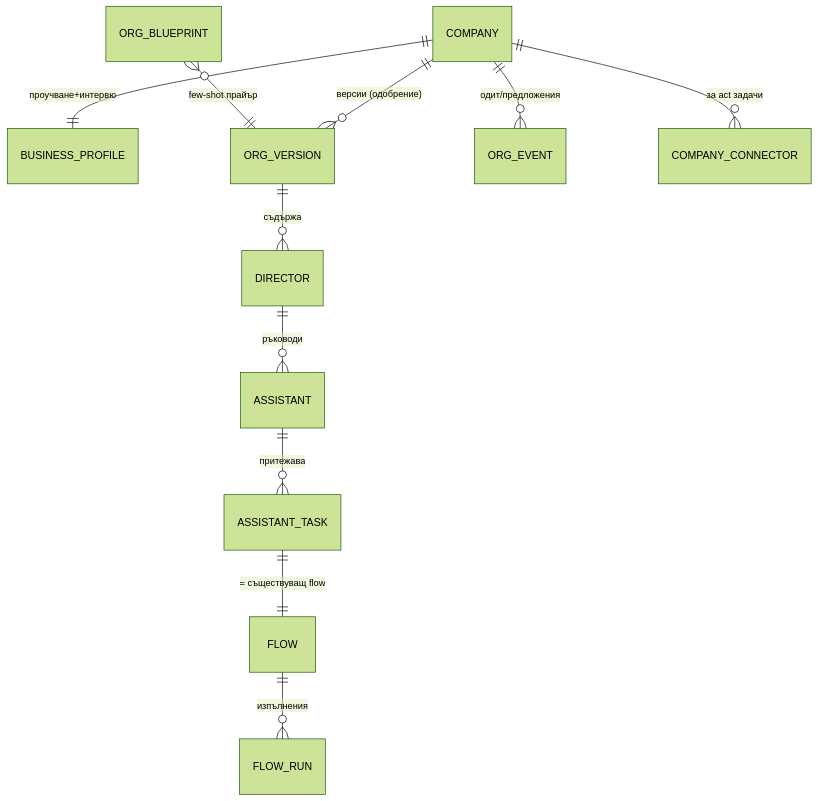
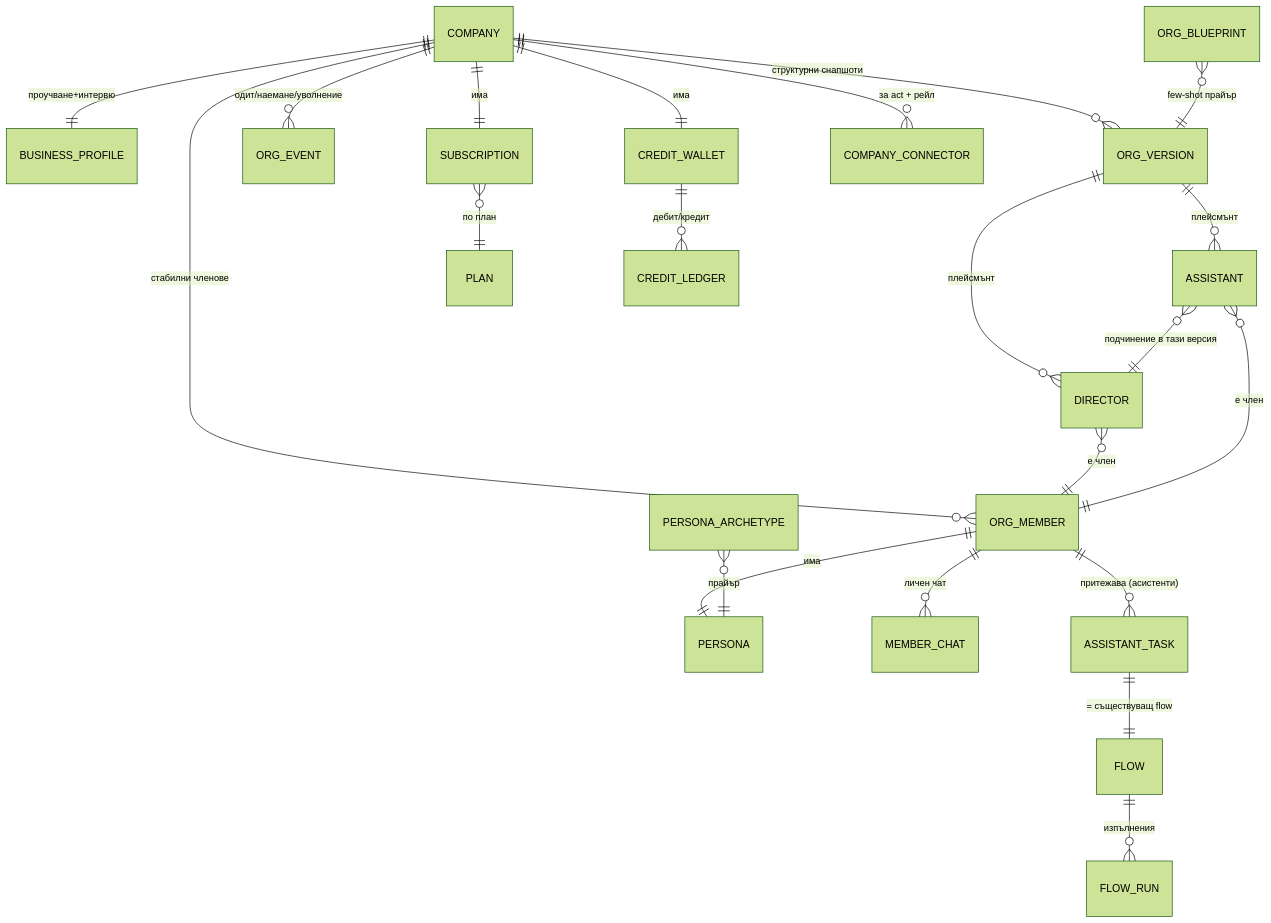
The eighth of 8 diagrams in docs/AI-ORGANIZATION-VISION.md (lstefanov/ai-agent-claude), drawn with Mermaid (forest theme) before and after one commit. The commit also changed other lines of this file and 7 other files, not shown here.

````diff
--- a/docs/AI-ORGANIZATION-VISION.md
+++ b/docs/AI-ORGANIZATION-VISION.md
@@ -266,13 +431,24 @@
 ```mermaid
 erDiagram
     COMPANY ||--|| BUSINESS_PROFILE : "проучване+интервю"
-    COMPANY ||--o{ ORG_VERSION : "версии (одобрение)"
-    ORG_VERSION ||--o{ DIRECTOR : съдържа
-    DIRECTOR ||--o{ ASSISTANT : ръководи
-    ASSISTANT ||--o{ ASSISTANT_TASK : притежава
+    COMPANY ||--o{ ORG_MEMBER : "стабилни членове"
+    COMPANY ||--o{ ORG_VERSION : "структурни снапшоти"
+    ORG_VERSION ||--o{ DIRECTOR : "плейсмънт"
+    ORG_VERSION ||--o{ ASSISTANT : "плейсмънт"
+    DIRECTOR }o--|| ORG_MEMBER : "е член"
+    ASSISTANT }o--|| ORG_MEMBER : "е член"
+    ASSISTANT }o--|| DIRECTOR : "подчинение в тази версия"
+    ORG_MEMBER ||--|| PERSONA : има
+    ORG_MEMBER ||--o{ MEMBER_CHAT : "личен чат"
+    ORG_MEMBER ||--o{ ASSISTANT_TASK : "притежава (асистенти)"
     ASSISTANT_TASK ||--|| FLOW : "= съществуващ flow"
     FLOW ||--o{ FLOW_RUN : изпълнения
-    COMPANY ||--o{ ORG_EVENT : "одит/предложения"
+    COMPANY ||--o{ ORG_EVENT : "одит/наемане/уволнение"
+    COMPANY ||--|| SUBSCRIPTION : има
+    SUBSCRIPTION }o--|| PLAN : "по план"
+    COMPANY ||--|| CREDIT_WALLET : има
+    CREDIT_WALLET ||--o{ CREDIT_LEDGER : "дебит/кредит"
     ORG_BLUEPRINT }o--|| ORG_VERSION : "few-shot прайър"
-    COMPANY ||--o{ COMPANY_CONNECTOR : "за act задачи"
+    PERSONA_ARCHETYPE }o--|| PERSONA : "прайър"
+    COMPANY ||--o{ COMPANY_CONNECTOR : "за act + рейл"
 ```
````
